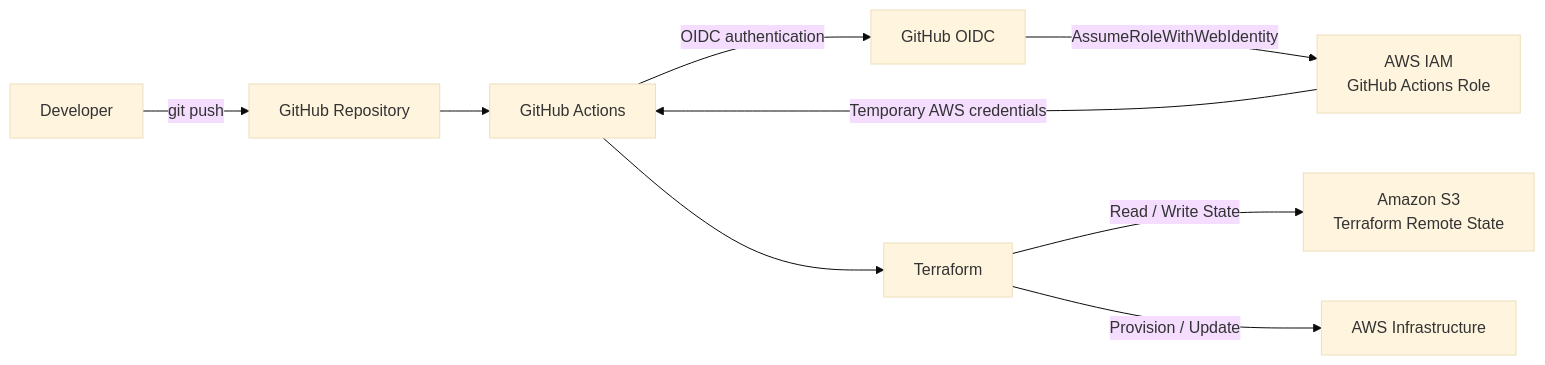
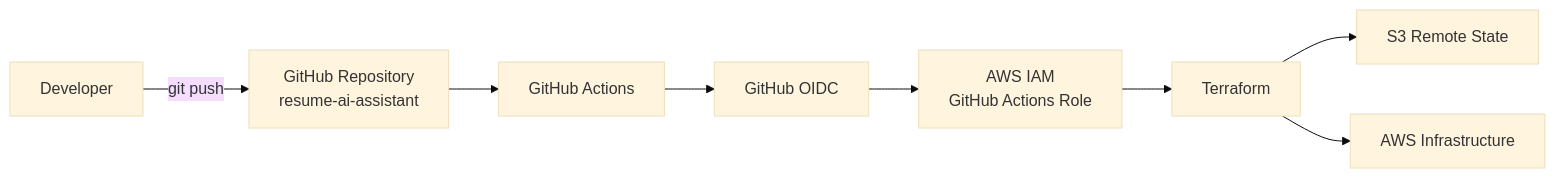
Before and after one commit to Debuntu/resume-ai-assistant: the sixth of 6 diagrams in docs/architecture.md, drawn with Mermaid (base theme). The commit also changed other lines of this file and 1 other file, not shown here.

````diff
--- a/docs/architecture.md
+++ b/docs/architecture.md
@@ -70,35 +375,33 @@
 ```mermaid
 flowchart LR
 
     Developer["Developer"]
 
-    GitHub["GitHub Repository"]
+    GitHub["GitHub Repository<br/>resume-ai-assistant"]
 
     Actions["GitHub Actions"]
 
     OIDC["GitHub OIDC"]
 
     IAM["AWS IAM<br/>GitHub Actions Role"]
 
     Terraform["Terraform"]
 
-    S3["Amazon S3<br/>Terraform Remote State"]
+    S3["S3 Remote State"]
 
     AWS["AWS Infrastructure"]
 
     Developer -->|"git push"| GitHub
 
     GitHub --> Actions
 
-    Actions -->|"OIDC authentication"| OIDC
+    Actions --> OIDC
 
-    OIDC -->|"AssumeRoleWithWebIdentity"| IAM
+    OIDC --> IAM
 
-    IAM -->|"Temporary AWS credentials"| Actions
+    IAM --> Terraform
 
-    Actions --> Terraform
+    Terraform --> S3
 
-    Terraform -->|"Read / Write State"| S3
-
-    Terraform -->|"Provision / Update"| AWS
+    Terraform --> AWS
 ```
````
